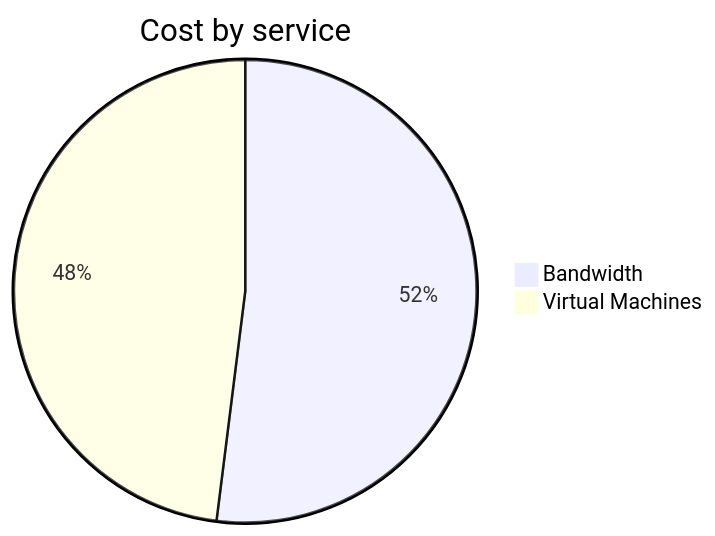
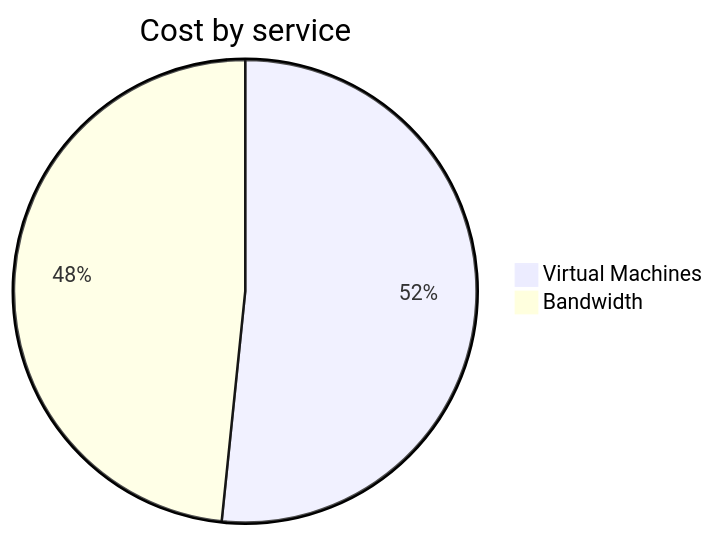
One commit to jpfulton/azure-personal-reports changed the second of 4 diagrams in cost-reports/personal-network/vpn-server.md. Above: the diagram before and after it, drawn with Mermaid. The commit also changed other lines of this file and 7 other files, not shown here.

````diff
--- a/cost-reports/personal-network/vpn-server.md
+++ b/cost-reports/personal-network/vpn-server.md
@@ -96,6 +96,6 @@
 ```mermaid
 pie
    title Cost by service
-   "Bandwidth" : 1.18
-   "Virtual Machines" : 1.09
+   "Virtual Machines" : 1.27
+   "Bandwidth" : 1.19
 ```
````
